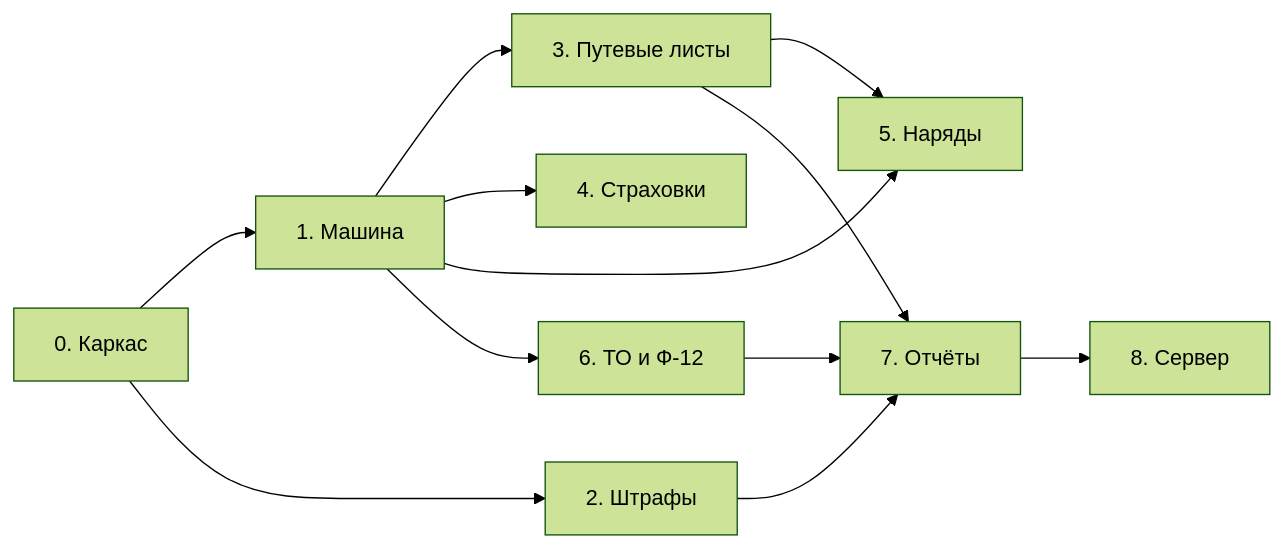
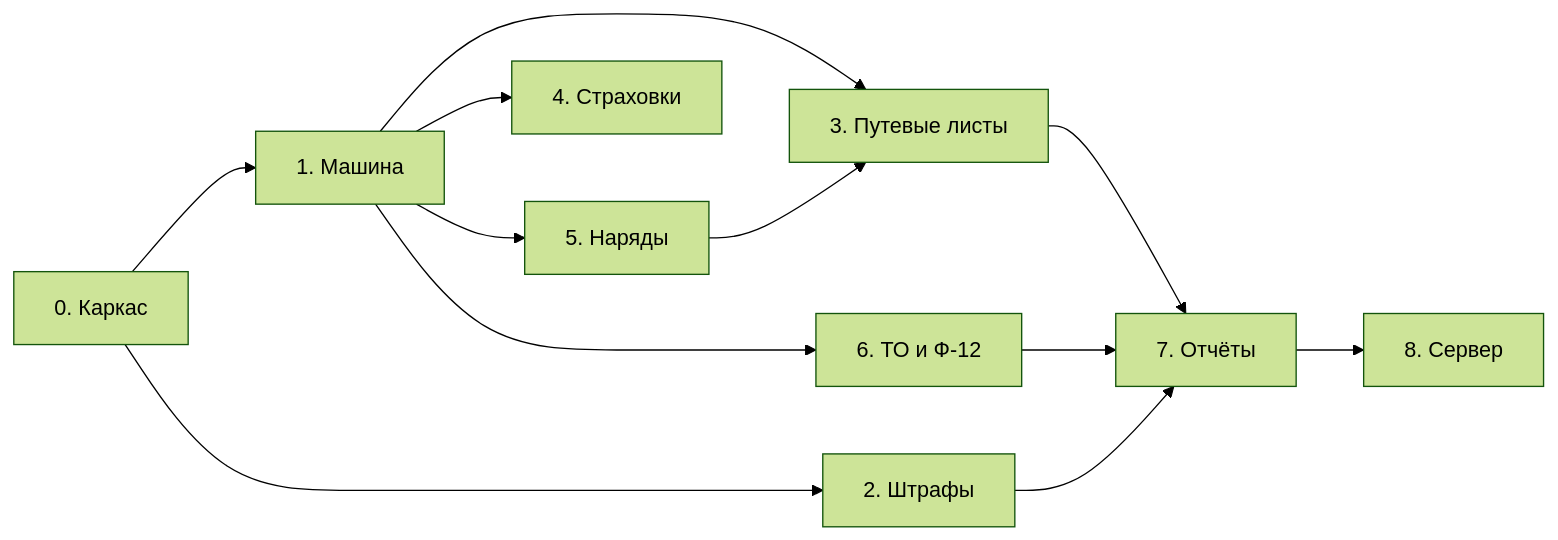
One commit to Rudzeris/ParkApp changed the diagram in docs/PLAN.md. Above: the diagram before and after it, drawn with Mermaid (forest theme). The commit also changed other lines of this file and 31 other files, not shown here.

````diff
--- a/docs/PLAN.md
+++ b/docs/PLAN.md
@@ -196,14 +221,14 @@
 ```mermaid
 graph LR
     E0[0. Каркас] --> E1[1. Машина]
     E0 --> E2[2. Штрафы]
     E1 --> E3[3. Путевые листы]
     E1 --> E4[4. Страховки]
     E1 --> E5[5. Наряды]
-    E3 --> E5
+    E5 --> E3
     E1 --> E6[6. ТО и Ф-12]
     E2 --> E7[7. Отчёты]
     E3 --> E7
     E6 --> E7
     E7 --> E8[8. Сервер]
 ```
````
